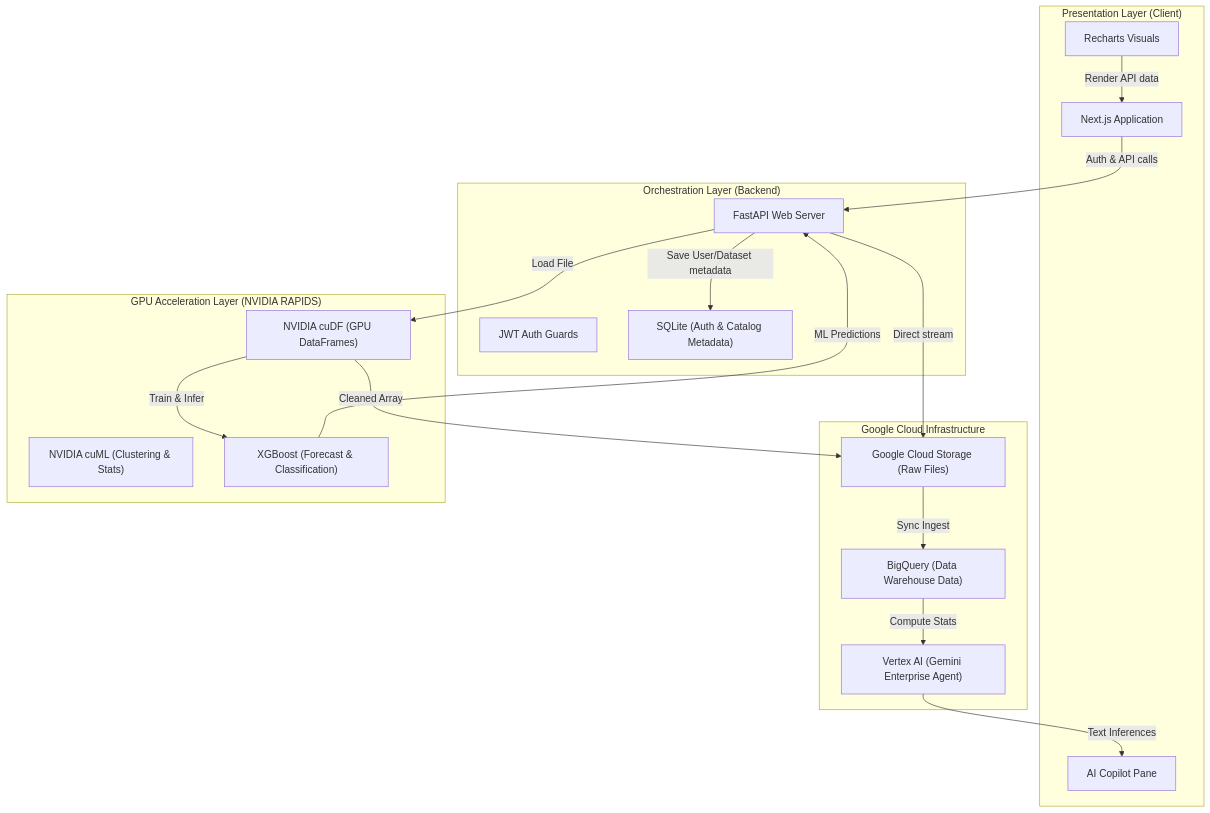
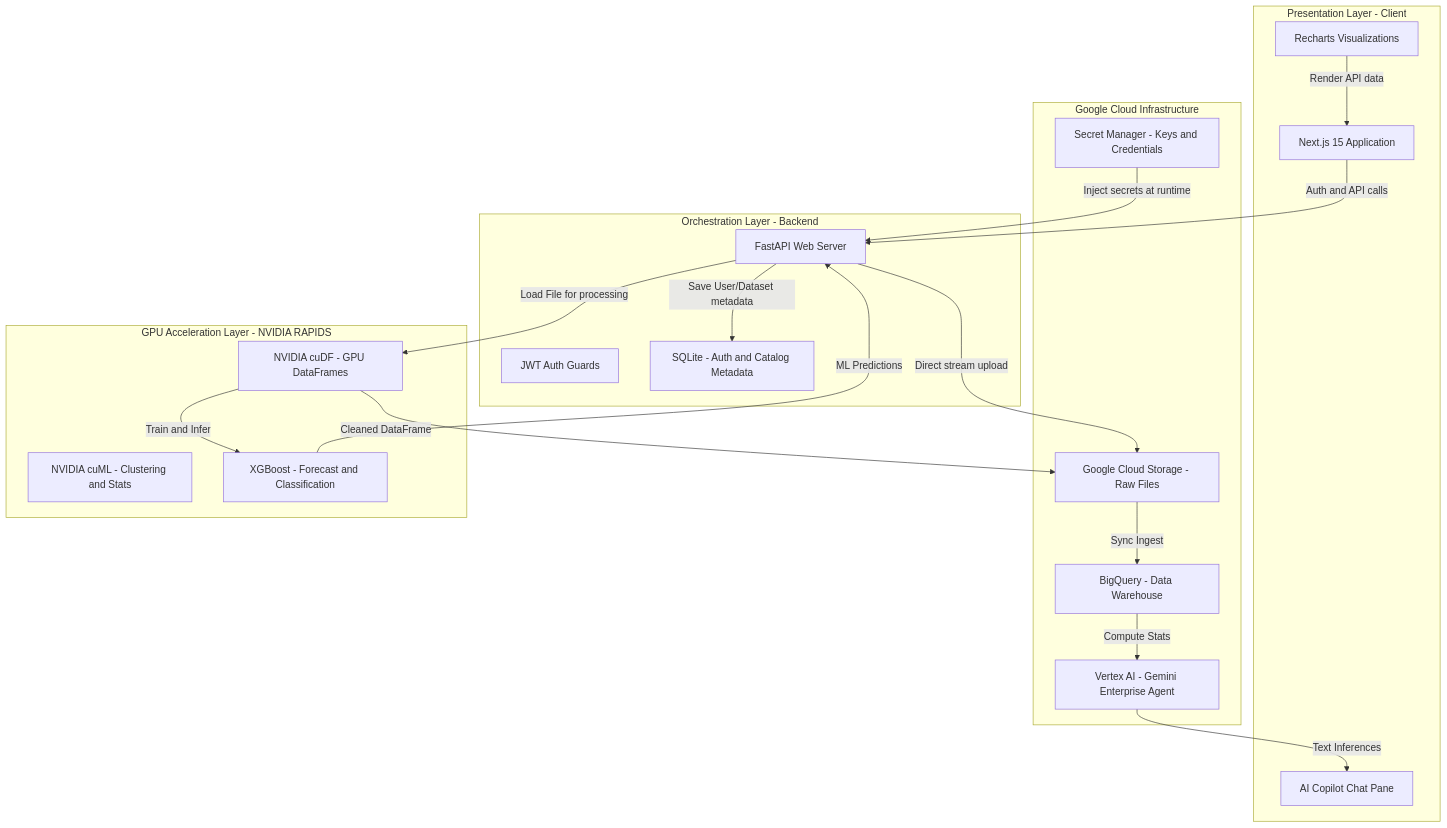
Before and after one commit to gunmasterg9/InsightIQ-AI: the second of 3 diagrams in docs/ARCHITECTURE.md, drawn with Mermaid. The commit also changed other lines of this file and 2 other files, not shown here.

Commit message:
Upgrade README, ARCHITECTURE, and DEPLOYMENT docs to match presentation quality with Mermaid diagrams, live URLs, and comprehensive feature documentation

````diff
--- a/docs/ARCHITECTURE.md
+++ b/docs/ARCHITECTURE.md
@@ -9,43 +85,40 @@
 ```mermaid
 graph TD
-    %% Clients & Presentation
-    subgraph UI ["Presentation Layer (Client)"]
-        Next["Next.js Application"]
-        Recharts["Recharts Visuals"]
-        CopilotUI["AI Copilot Pane"]
+    subgraph UI ["Presentation Layer - Client"]
+        Next["Next.js 15 Application"]
+        Recharts["Recharts Visualizations"]
+        CopilotUI["AI Copilot Chat Pane"]
     end
 
-    %% Web Server & Orchestration
-    subgraph API ["Orchestration Layer (Backend)"]
+    subgraph API ["Orchestration Layer - Backend"]
         FastAPI["FastAPI Web Server"]
         JWT["JWT Auth Guards"]
-        SQLite["SQLite (Auth & Catalog Metadata)"]
+        SQLite["SQLite - Auth and Catalog Metadata"]
     end
 
-    %% Storage & Warehouse
     subgraph GCP ["Google Cloud Infrastructure"]
-        GCS["Google Cloud Storage (Raw Files)"]
-        BQ["BigQuery (Data Warehouse Data)"]
-        Gemini["Vertex AI (Gemini Enterprise Agent)"]
+        GCS["Google Cloud Storage - Raw Files"]
+        BQ["BigQuery - Data Warehouse"]
+        Gemini["Vertex AI - Gemini Enterprise Agent"]
+        SM["Secret Manager - Keys and Credentials"]
     end
 
-    %% Acceleration Engine
-    subgraph Compute ["GPU Acceleration Layer (NVIDIA RAPIDS)"]
-        cuDF["NVIDIA cuDF (GPU DataFrames)"]
-        cuML["NVIDIA cuML (Clustering & Stats)"]
-        XGB["XGBoost (Forecast & Classification)"]
+    subgraph Compute ["GPU Acceleration Layer - NVIDIA RAPIDS"]
+        cuDF["NVIDIA cuDF - GPU DataFrames"]
+        cuML["NVIDIA cuML - Clustering and Stats"]
+        XGB["XGBoost - Forecast and Classification"]
     end
 
-    %% Connections
-    Next -- Auth & API calls --> FastAPI
-    FastAPI -- Save User/Dataset metadata --> SQLite
-    FastAPI -- Direct stream --> GCS
-    GCS -- Sync Ingest --> BQ
-    FastAPI -- Load File --> cuDF
-    cuDF -- Cleaned Array --> GCS
-    cuDF -- Train & Infer --> XGB
-    XGB -- ML Predictions --> FastAPI
-    BQ -- Compute Stats --> Gemini
-    Gemini -- Text Inferences --> CopilotUI
-    Recharts -- Render API data --> Next
+    Next -- "Auth and API calls" --> FastAPI
+    FastAPI -- "Save User/Dataset metadata" --> SQLite
+    FastAPI -- "Direct stream upload" --> GCS
+    GCS -- "Sync Ingest" --> BQ
+    FastAPI -- "Load File for processing" --> cuDF
+    cuDF -- "Cleaned DataFrame" --> GCS
+    cuDF -- "Train and Infer" --> XGB
+    XGB -- "ML Predictions" --> FastAPI
+    BQ -- "Compute Stats" --> Gemini
+    Gemini -- "Text Inferences" --> CopilotUI
+    Recharts -- "Render API data" --> Next
+    SM -- "Inject secrets at runtime" --> FastAPI
 ```
````
